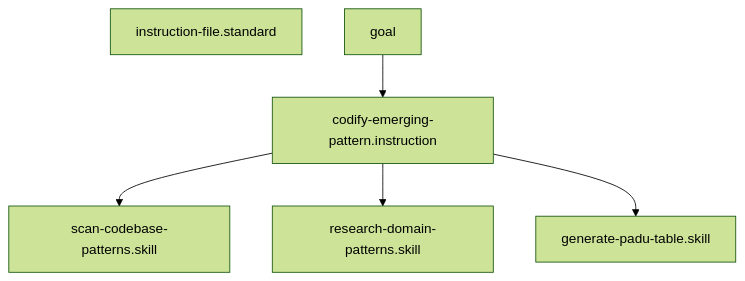
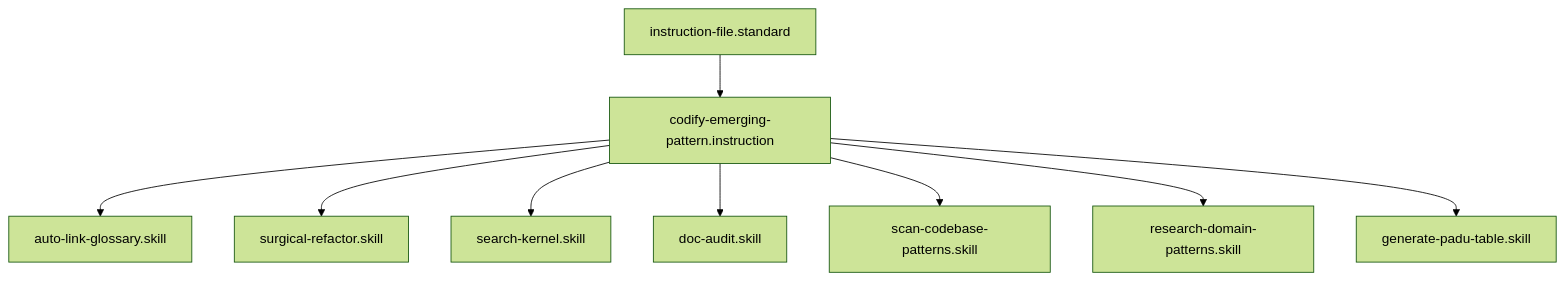
One commit to Gizmo4Life/ai-kernel changed the diagram in instructions/codify-emerging-pattern.instruction.md. Above: the diagram before and after it, drawn with Mermaid (forest theme). The commit also changed 89 other files, not shown here.

````diff
--- a/instructions/codify-emerging-pattern.instruction.md
+++ b/instructions/codify-emerging-pattern.instruction.md
@@ -26,8 +26,11 @@
 ```mermaid
 graph TD
-    instruction-file.standard
-goal --> codify-emerging-pattern.instruction
+    instruction-file.standard --> codify-emerging-pattern.instruction
+    codify-emerging-pattern.instruction --> auto-link-glossary[auto-link-glossary.skill]
+    codify-emerging-pattern.instruction --> surgical-refactor[surgical-refactor.skill]
+    codify-emerging-pattern.instruction --> search-kernel[search-kernel.skill]
+    codify-emerging-pattern.instruction --> doc-audit[doc-audit.skill]
     codify-emerging-pattern.instruction --> scan-codebase-patterns[scan-codebase-patterns.skill]
     codify-emerging-pattern.instruction --> research-domain-patterns[research-domain-patterns.skill]
     codify-emerging-pattern.instruction --> generate-padu-table[generate-padu-table.skill]
 ```
````
